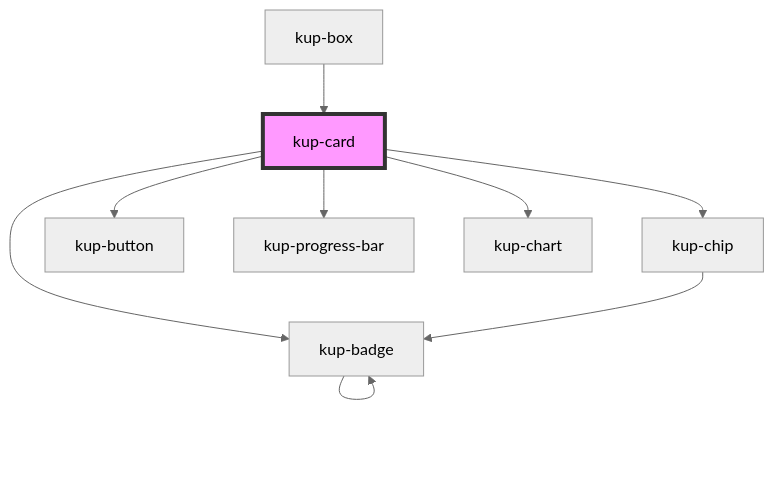
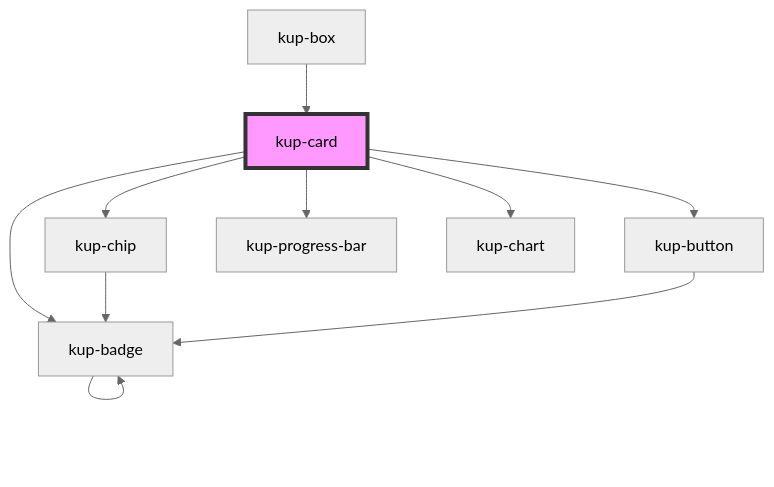
Before and after one commit to smeup/ketchup: the diagram in packages/ketchup/src/components/kup-card/readme.md, drawn with Mermaid (neutral theme). The commit also changed 23 other files, not shown here.

````diff
--- a/packages/ketchup/src/components/kup-card/readme.md
+++ b/packages/ketchup/src/components/kup-card/readme.md
@@ -56,12 +56,13 @@
 ```mermaid
 graph TD;
   kup-card --> kup-chip
   kup-card --> kup-button
   kup-card --> kup-badge
   kup-card --> kup-progress-bar
   kup-card --> kup-chart
   kup-chip --> kup-badge
   kup-badge --> kup-badge
+  kup-button --> kup-badge
   kup-box --> kup-card
   style kup-card fill:#f9f,stroke:#333,stroke-width:4px
 ```
````
